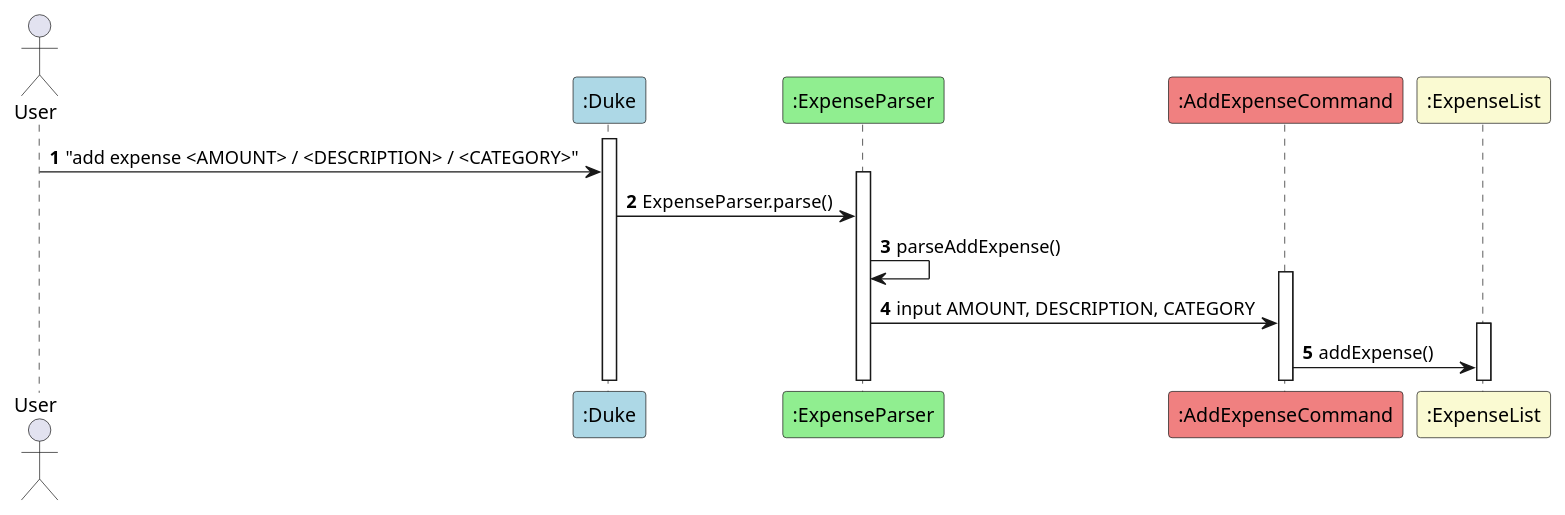
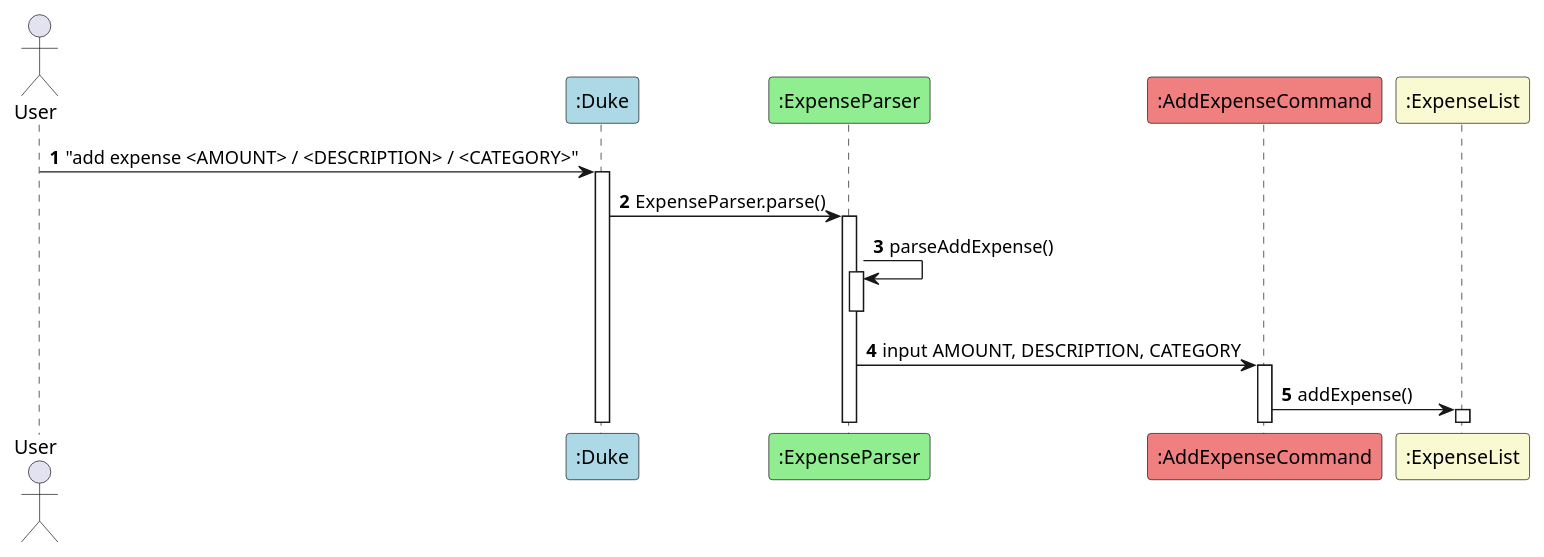
The diagram in docs/puml/AddExpense.puml (xiaojielei/tp), drawn with PlantUML before and after one commit. The commit also changed 1 other file, not shown here.

```diff
--- a/docs/puml/AddExpense.puml
+++ b/docs/puml/AddExpense.puml
@@ -1,28 +1,32 @@
 @startuml
 'https://plantuml.com/sequence-diagram
 actor User
 participant ":Duke" as Duke #LightBlue
 participant ":ExpenseParser" as ExpenseParser #LightGreen
 participant ":AddExpenseCommand" as AddExpenseCommand #LightCoral
 participant ":ExpenseList" as ExpenseList #LightGoldenRodYellow
 autonumber
 
+
+
+User -> Duke: "add expense <AMOUNT> / <DESCRIPTION> / <CATEGORY>"
 activate Duke
-User -> Duke: "add expense <AMOUNT> / <DESCRIPTION> / <CATEGORY>"
+Duke -> ExpenseParser: ExpenseParser.parse()
 activate ExpenseParser
-Duke -> ExpenseParser: ExpenseParser.parse()
 
 
 
 ExpenseParser -> ExpenseParser: parseAddExpense()
+activate ExpenseParser
+deactivate ExpenseParser
 
+
+ExpenseParser -> AddExpenseCommand:input AMOUNT, DESCRIPTION, CATEGORY
 activate AddExpenseCommand
-ExpenseParser -> AddExpenseCommand:input AMOUNT, DESCRIPTION, CATEGORY
 
+AddExpenseCommand -> ExpenseList: addExpense()
 activate ExpenseList
-AddExpenseCommand -> ExpenseList: addExpense()
-
 
 
 
 @enduml
```
